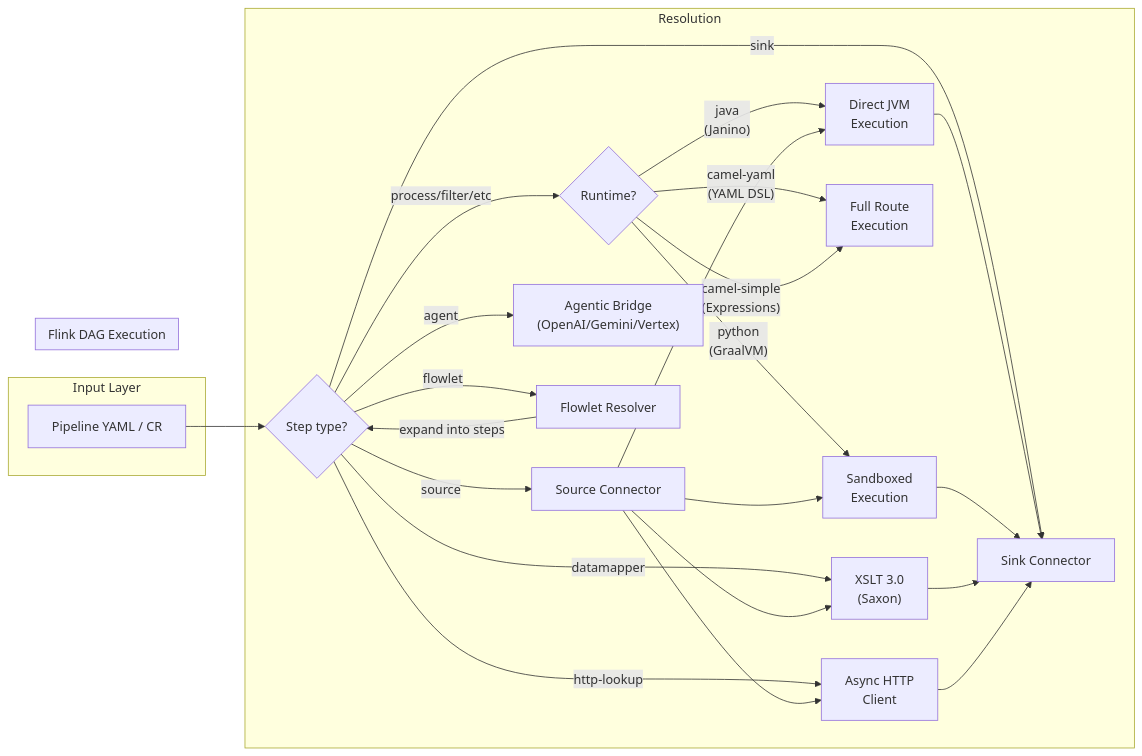
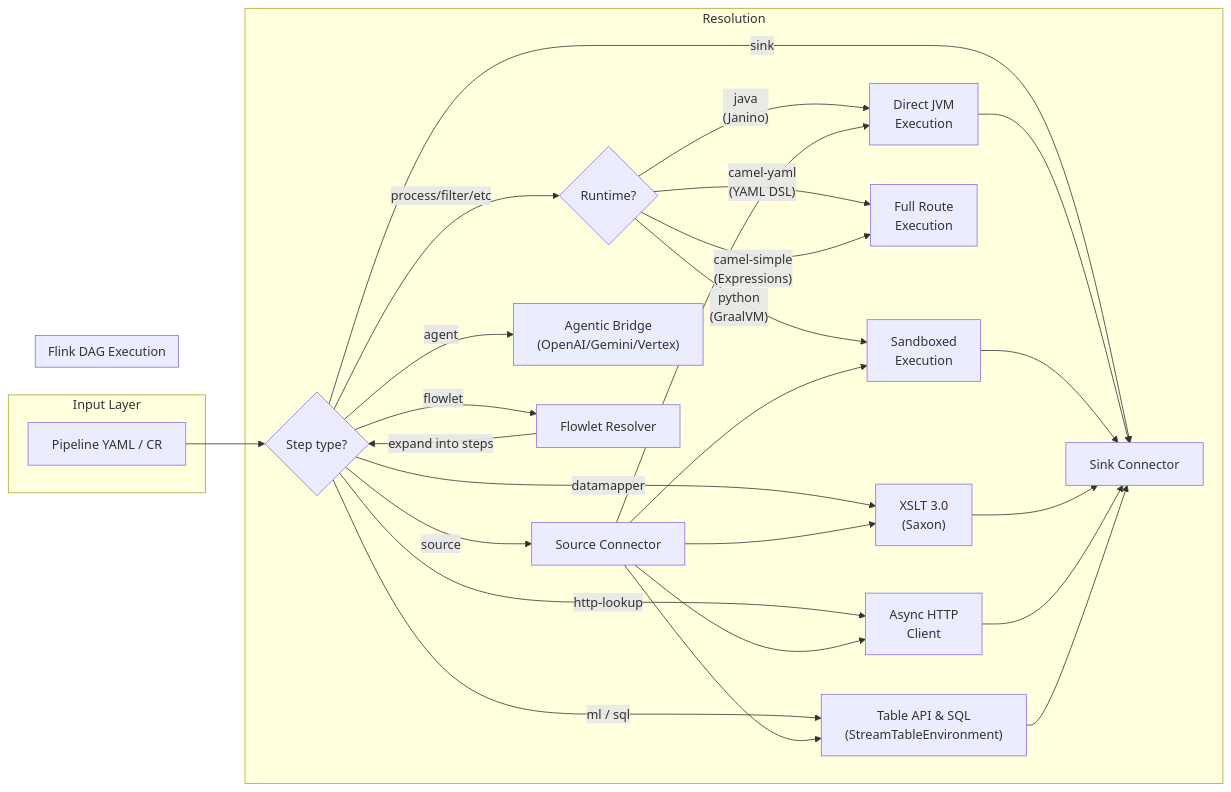
One commit to talwegai/flinkflow changed the second of 4 diagrams in docs/01_ARCHITECTURE.md. Above: the diagram before and after it, drawn with Mermaid. The commit also changed other lines of this file and 32 other files, not shown here.

````diff
--- a/docs/01_ARCHITECTURE.md
+++ b/docs/01_ARCHITECTURE.md
@@ -175,31 +178,33 @@
 ```mermaid
 flowchart LR
     subgraph INPUT["Input Layer"]
         A["Pipeline YAML / CR"]
     end
 
     subgraph RESOLVE["Resolution"]
         B{"Step type?"}
         B -->|"source"| C["Source Connector"]
         B -->|"process/filter/etc"| PL{"Runtime?"}
         PL -->|"java<br/>(Janino)"| D1["Direct JVM<br/>Execution"]
         PL -->|"python<br/>(GraalVM)"| D2["Sandboxed<br/>Execution"]
         PL -->|"camel-yaml<br/>(YAML DSL)"| D3["Full Route<br/>Execution"]
         PL -->|"camel-simple<br/>(Expressions)"| D3
         B -->|"agent"| D4["Agentic Bridge<br/>(OpenAI/Gemini/Vertex)"]
         B -->|"datamapper"| E["XSLT 3.0<br/>(Saxon)"]
         B -->|"http-lookup"| F["Async HTTP<br/>Client"]
+        B -->|"ml / sql"| E2["Table API & SQL<br/>(StreamTableEnvironment)"]
         B -->|"flowlet"| G["Flowlet Resolver"]
         B -->|"sink"| H["Sink Connector"]
         G -->|"expand into steps"| B
     end
 
     subgraph EXEC["Flink DAG Execution"]
         C --> D1 --> H
         C --> D2 --> H
         C --> E --> H
         C --> F --> H
+        C --> E2 --> H
     end
 
     A --> B
 ```
````
